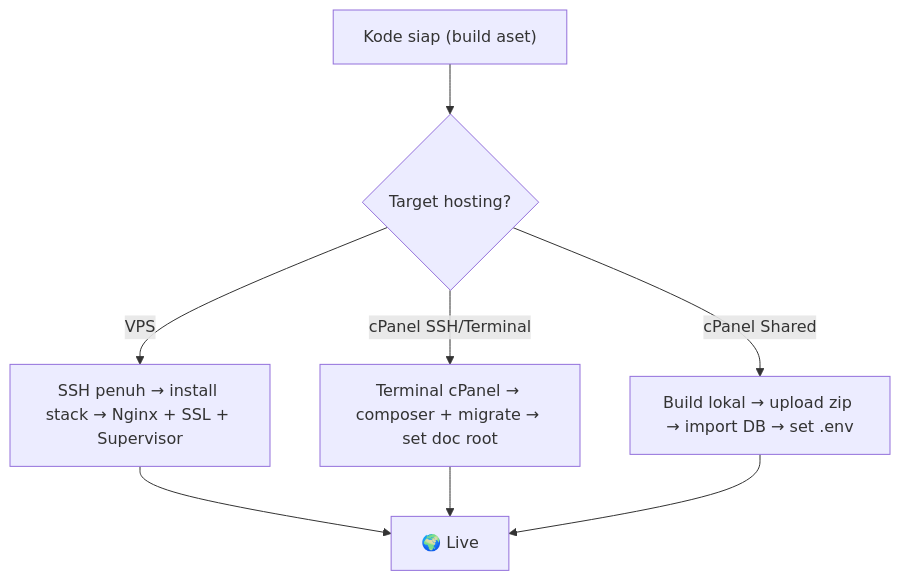
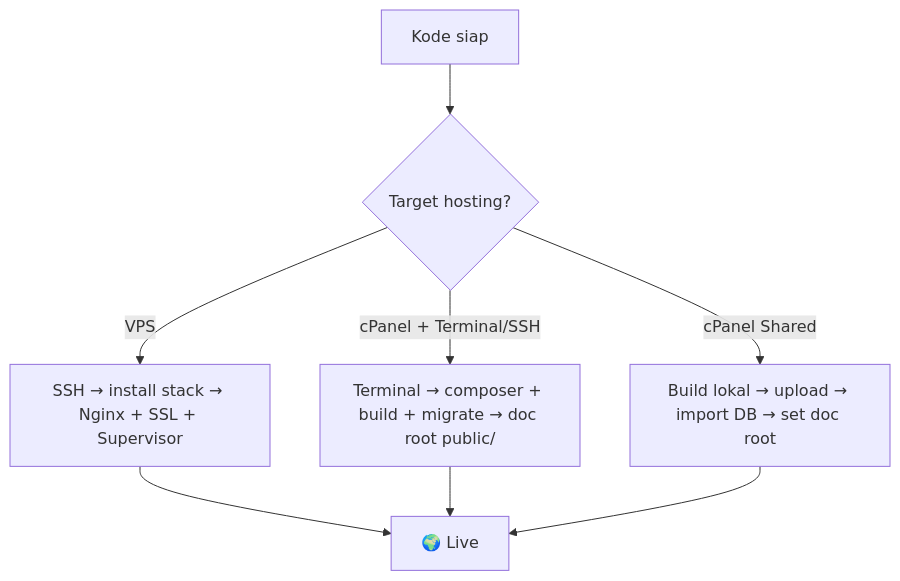
The sixth of 6 diagrams in README.md (creativetrees/Compeny), drawn with Mermaid before and after one commit. The commit also changed other lines of this file, not shown here.

First line of the commit message:
docs(readme): rewrite — correct RBAC model + full cPanel-terminal guide

````diff
--- a/README.md
+++ b/README.md
@@ -416,10 +435,10 @@
 ```mermaid
 flowchart TD
-    S["Kode siap (build aset)"] --> C{"Target hosting?"}
-    C -->|VPS| V1["SSH penuh → install stack → Nginx + SSL + Supervisor"]
-    C -->|cPanel SSH/Terminal| V2["Terminal cPanel → composer + migrate → set doc root"]
-    C -->|cPanel Shared| V3["Build lokal → upload zip → import DB → set .env"]
+    S["Kode siap"] --> C{"Target hosting?"}
+    C -->|cPanel + Terminal/SSH| V2["Terminal → composer + build + migrate → doc root public/"]
+    C -->|cPanel Shared| V3["Build lokal → upload → import DB → set doc root"]
+    C -->|VPS| V1["SSH → install stack → Nginx + SSL + Supervisor"]
     V1 --> DONE["🌍 Live"]
     V2 --> DONE
     V3 --> DONE
 ```
````
